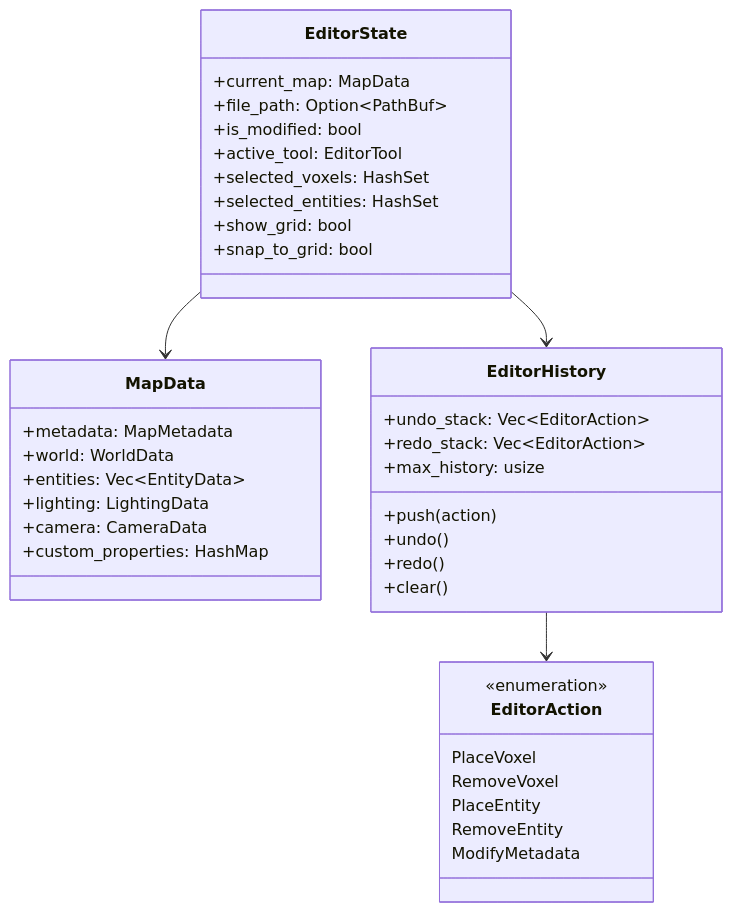
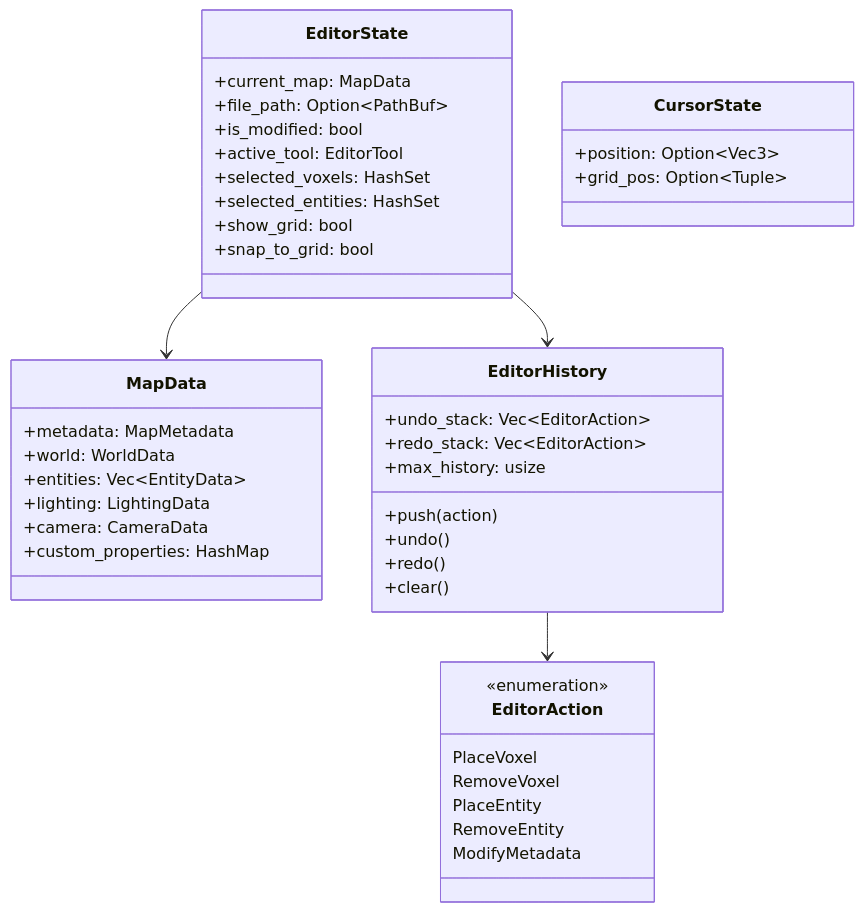
One commit to ctejada85/adrakestory changed the sixth of 9 diagrams in docs/developer-guide/systems/map-editor/architecture.md. Above: the diagram before and after it, drawn with Mermaid. The commit also changed other lines of this file and 2 other files, not shown here.

Commit message:
feat: Enhance lighting performance by separating cursor state and implementing event-based updates

````diff
--- a/docs/developer-guide/systems/map-editor/architecture.md
+++ b/docs/developer-guide/systems/map-editor/architecture.md
@@ -233,45 +233,50 @@
 ```mermaid
 classDiagram
     class EditorState {
         +current_map: MapData
         +file_path: Option~PathBuf~
         +is_modified: bool
         +active_tool: EditorTool
         +selected_voxels: HashSet
         +selected_entities: HashSet
         +show_grid: bool
         +snap_to_grid: bool
+    }
+    
+    class CursorState {
+        +position: Option~Vec3~
+        +grid_pos: Option~Tuple~
     }
     
     class MapData {
         +metadata: MapMetadata
         +world: WorldData
         +entities: Vec~EntityData~
         +lighting: LightingData
         +camera: CameraData
         +custom_properties: HashMap
     }
     
     class EditorHistory {
         +undo_stack: Vec~EditorAction~
         +redo_stack: Vec~EditorAction~
         +max_history: usize
         +push(action)
         +undo()
         +redo()
         +clear()
     }
     
     class EditorAction {
         <<enumeration>>
         PlaceVoxel
         RemoveVoxel
         PlaceEntity
         RemoveEntity
         ModifyMetadata
     }
     
     EditorState --> MapData
     EditorState --> EditorHistory
     EditorHistory --> EditorAction
 ```
````
